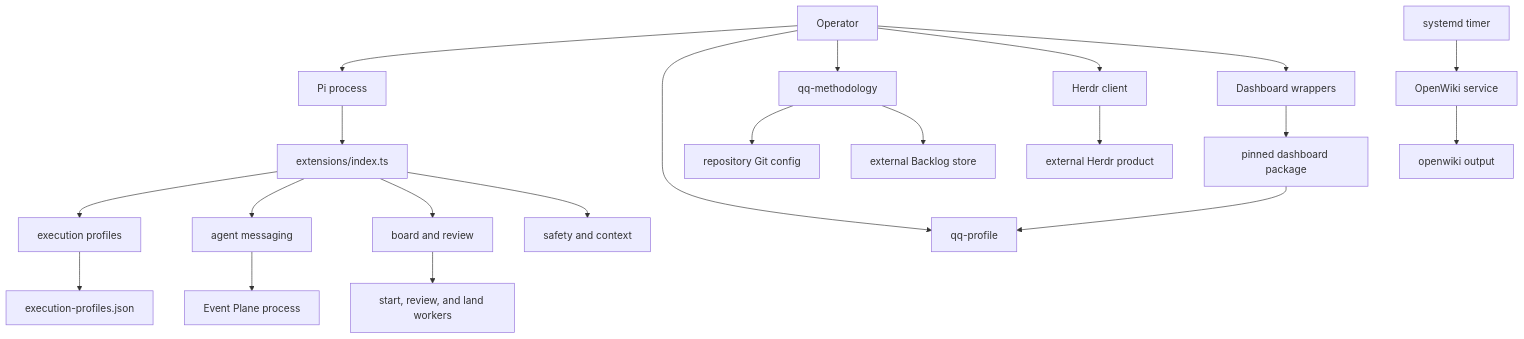
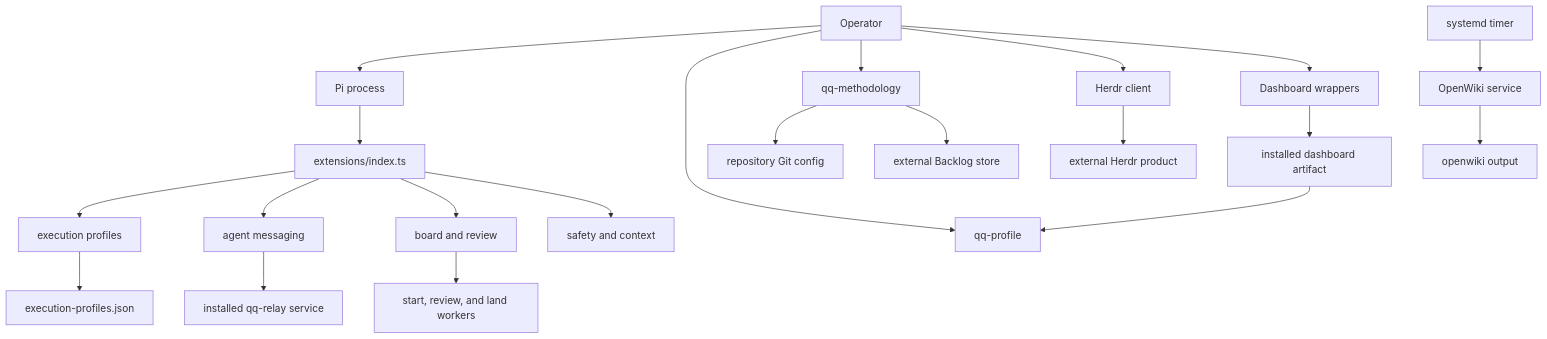
Before and after one commit to hypermemetic-ai/qq: the diagram in openwiki/architecture/overview.md, drawn with Mermaid. The commit also changed other lines of this file and 10 other files, not shown here.

````diff
--- a/openwiki/architecture/overview.md
+++ b/openwiki/architecture/overview.md
@@ -14,23 +14,23 @@
 ```mermaid
 flowchart TD
     Operator["Operator"] --> Pi["Pi process"]
     Operator --> ProfileCLI["qq-profile"]
     Operator --> MethodCLI["qq-methodology"]
     Operator --> HerdrClient["Herdr client"]
     Operator --> DashboardWrapper["Dashboard wrappers"]
     Pi --> Bundle["extensions/index.ts"]
     Bundle --> Profiles["execution profiles"]
     Bundle --> Messaging["agent messaging"]
     Bundle --> Workflow["board and review"]
     Bundle --> Safety["safety and context"]
     Profiles --> Policy["execution-profiles.json"]
-    Messaging --> EventPlane["Event Plane process"]
+    Messaging --> Relay["installed qq-relay service"]
     Workflow --> Workers["start, review, and land workers"]
     MethodCLI --> GitConfig["repository Git config"]
     MethodCLI --> BacklogStore["external Backlog store"]
     HerdrClient --> HerdrServer["external Herdr product"]
-    DashboardWrapper --> DashboardPackage["pinned dashboard package"]
+    DashboardWrapper --> DashboardPackage["installed dashboard artifact"]
     DashboardPackage --> ProfileCLI
     Timer["systemd timer"] --> OpenWikiService["OpenWiki service"]
     OpenWikiService --> Generated["openwiki output"]
 ```
````
